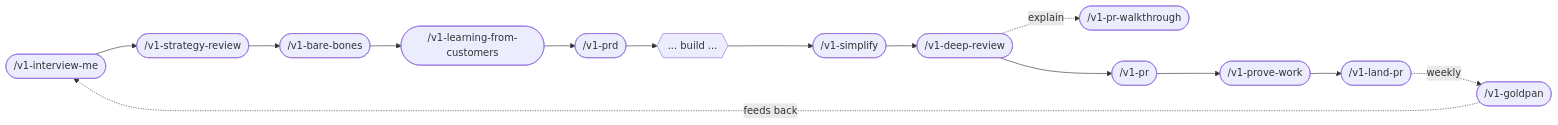
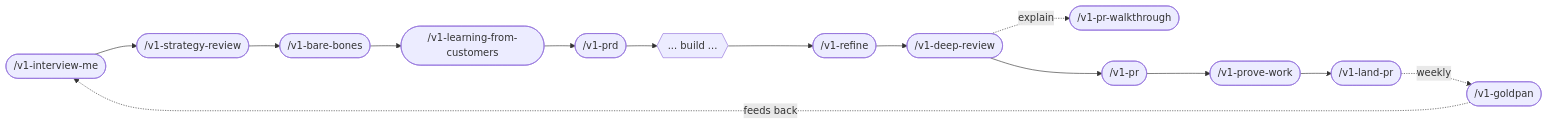
One commit to v1-io/v1tamins changed the second of 6 diagrams in README.md. Above: the diagram before and after it, drawn with Mermaid. The commit also changed other lines of this file and 38 other files, not shown here.

````diff
--- a/README.md
+++ b/README.md
@@ -290,28 +286,28 @@
 ```mermaid
 flowchart LR
   A([/v1-interview-me]) --> B([/v1-strategy-review])
   B --> C([/v1-bare-bones])
   C --> D([/v1-learning-from-customers])
   D --> E([/v1-prd])
   E --> F{{... build ...}}
-  F --> G([/v1-simplify])
+  F --> G([/v1-refine])
   G --> H([/v1-deep-review])
   H -.explain.-> W([/v1-pr-walkthrough])
   H --> I([/v1-pr])
   I --> J([/v1-prove-work])
   J --> K([/v1-land-pr])
   K -.weekly.-> L([/v1-goldpan])
   L -.feeds back.-> A
   click A href "./plugins/v1tamins/skills/v1-interview-me/SKILL.md"
   click B href "./plugins/v1tamins/skills/v1-strategy-review/SKILL.md"
   click C href "./plugins/v1tamins/skills/v1-bare-bones/SKILL.md"
   click D href "./plugins/v1tamins/skills/v1-learning-from-customers/SKILL.md"
   click E href "./plugins/v1tamins/skills/v1-prd/SKILL.md"
-  click G href "./plugins/v1tamins/skills/v1-simplify/SKILL.md"
+  click G href "./plugins/v1tamins/skills/v1-refine/SKILL.md"
   click H href "./plugins/v1tamins/skills/v1-deep-review/SKILL.md"
   click W href "./plugins/v1tamins/skills/v1-pr-walkthrough/SKILL.md"
   click I href "./plugins/v1tamins/skills/v1-pr/SKILL.md"
   click J href "./plugins/v1tamins/skills/v1-prove-work/SKILL.md"
   click K href "./plugins/v1tamins/skills/v1-land-pr/SKILL.md"
   click L href "./plugins/v1tamins/skills/v1-goldpan/SKILL.md"
 ```
````
